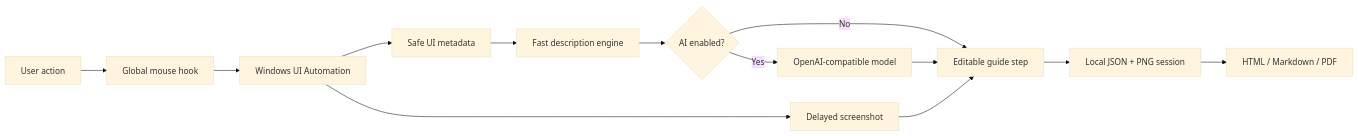
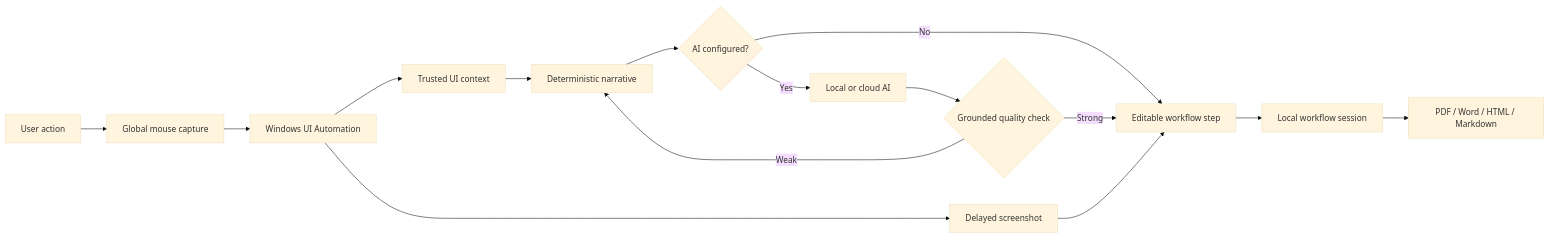
One commit to logeshv586-code/SoplyraAI changed the diagram in README.md. Above: the diagram before and after it, drawn with Mermaid (base theme). The commit also changed other lines of this file and 6 other files, not shown here.

````diff
--- a/README.md
+++ b/README.md
@@ -119,15 +67,17 @@
 ```mermaid
 flowchart LR
-    A[User action] --> B[Global mouse hook]
+    A[User action] --> B[Global mouse capture]
     B --> C[Windows UI Automation]
-    C --> D[Safe UI metadata]
+    C --> D[Trusted UI context]
     C --> E[Delayed screenshot]
-    D --> F[Fast description engine]
-    F --> G{AI enabled?}
-    G -- No --> H[Editable guide step]
-    G -- Yes --> I[OpenAI-compatible model]
-    I --> H
+    D --> F[Deterministic narrative]
+    F --> G{AI configured?}
+    G -- No --> H[Editable workflow step]
+    G -- Yes --> I[Local or cloud AI]
+    I --> J{Grounded quality check}
+    J -- Strong --> H
+    J -- Weak --> F
     E --> H
-    H --> J[Local JSON + PNG session]
-    J --> K[HTML / Markdown / PDF]
+    H --> K[Local workflow session]
+    K --> L[PDF / Word / HTML / Markdown]
 ```
````
